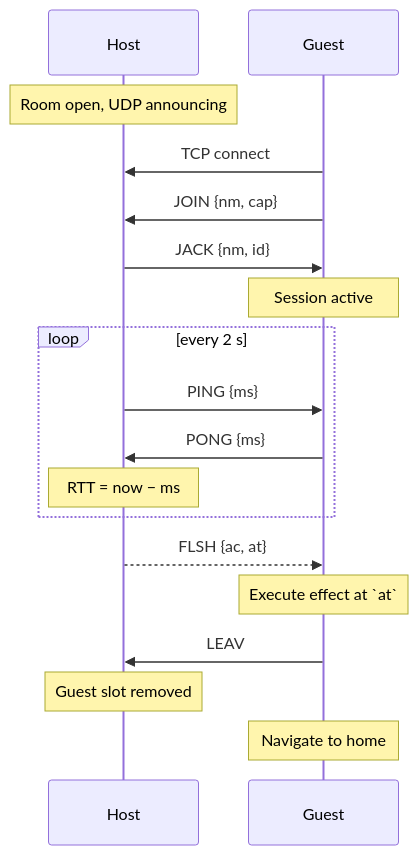
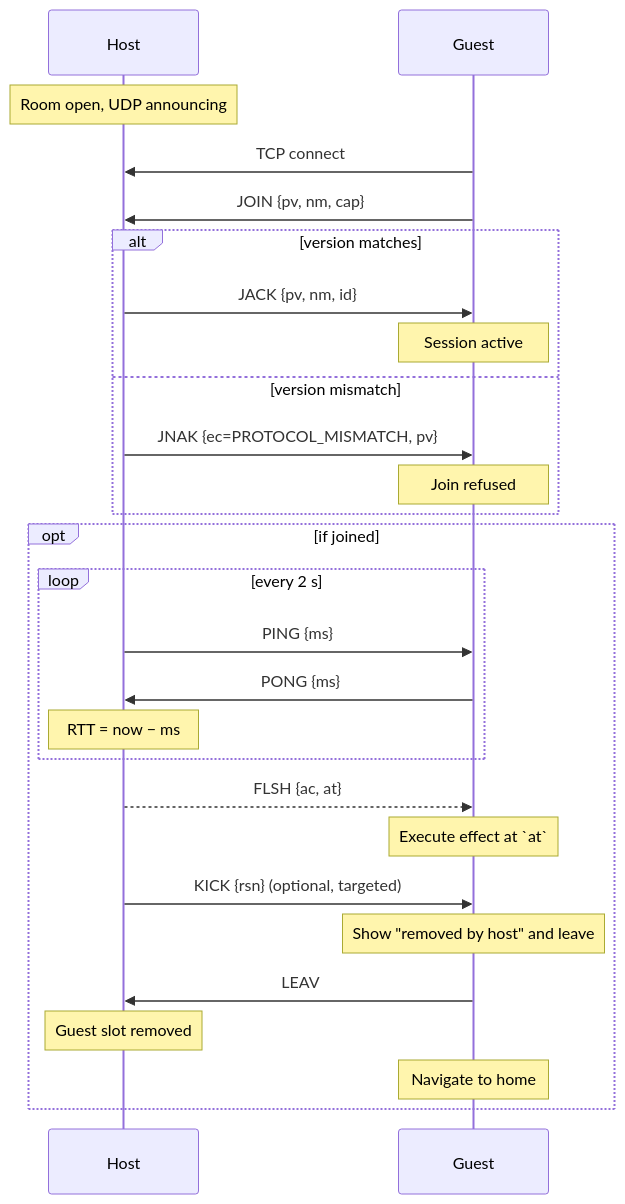
Before and after one commit to FlorianLebecque/Luso: diagram 17 of 20 in docs/protocol.md, drawn with Mermaid. The commit also changed other lines of this file and 12 other files, not shown here.

````diff
--- a/docs/protocol.md
+++ b/docs/protocol.md
@@ -372,25 +565,35 @@
 ```mermaid
 sequenceDiagram
     participant H as Host
     participant G as Guest
 
     Note over H: Room open, UDP announcing
 
     G->>H: TCP connect
-    G->>H: JOIN {nm, cap}
-    H->>G: JACK {nm, id}
-    Note over G: Session active
-
-    loop every 2 s
-        H->>G: PING {ms}
-        G->>H: PONG {ms}
-        Note over H: RTT = now − ms
+    G->>H: JOIN {pv, nm, cap}
+    alt version matches
+        H->>G: JACK {pv, nm, id}
+        Note over G: Session active
+    else version mismatch
+        H->>G: JNAK {ec=PROTOCOL_MISMATCH, pv}
+        Note over G: Join refused
     end
 
-    H-->>G: FLSH {ac, at}
-    Note over G: Execute effect at `at`
+    opt if joined
+        loop every 2 s
+            H->>G: PING {ms}
+            G->>H: PONG {ms}
+            Note over H: RTT = now − ms
+        end
 
-    G->>H: LEAV
-    Note over H: Guest slot removed
-    Note over G: Navigate to home
+        H-->>G: FLSH {ac, at}
+        Note over G: Execute effect at `at`
+
+        H->>G: KICK {rsn} (optional, targeted)
+        Note over G: Show "removed by host" and leave
+
+        G->>H: LEAV
+        Note over H: Guest slot removed
+        Note over G: Navigate to home
+    end
 ```
````
